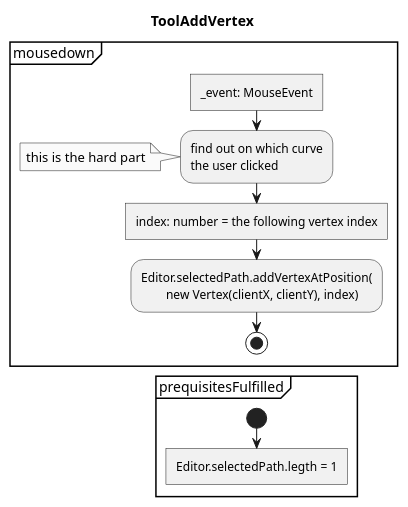
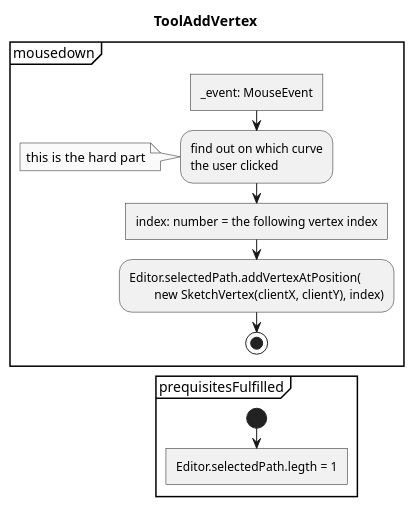
The diagram in Experiments/Lukas/VectorEditor/concept/Activities/Tools/ToolAddVertex.puml (JirkaDellOro/FUDGE), drawn with PlantUML before and after one commit. The commit also changed 37 other files, not shown here.

Commit message:
more Diagrams, images and fixes

```diff
--- a/Experiments/Lukas/VectorEditor/concept/Activities/Tools/ToolAddVertex.puml
+++ b/Experiments/Lukas/VectorEditor/concept/Activities/Tools/ToolAddVertex.puml
@@ -1,23 +1,23 @@
 @startuml ToolAddVertex
 skinparam monochrome true
 
 title ToolAddVertex
 
 partition mousedown {
 	:_event: MouseEvent]
 	:find out on which curve
 	the user clicked;
 	note: this is the hard part
 	:index: number = the following vertex index]
 	:Editor.selectedPath.addVertexAtPosition(
-		new Vertex(clientX, clientY), index);
+		new SketchVertex(clientX, clientY), index);
 	stop
 }
 
 partition prequisitesFulfilled {
 	start
 	:Editor.selectedPath.legth = 1]
 	detach
 }
 
 @enduml
```
